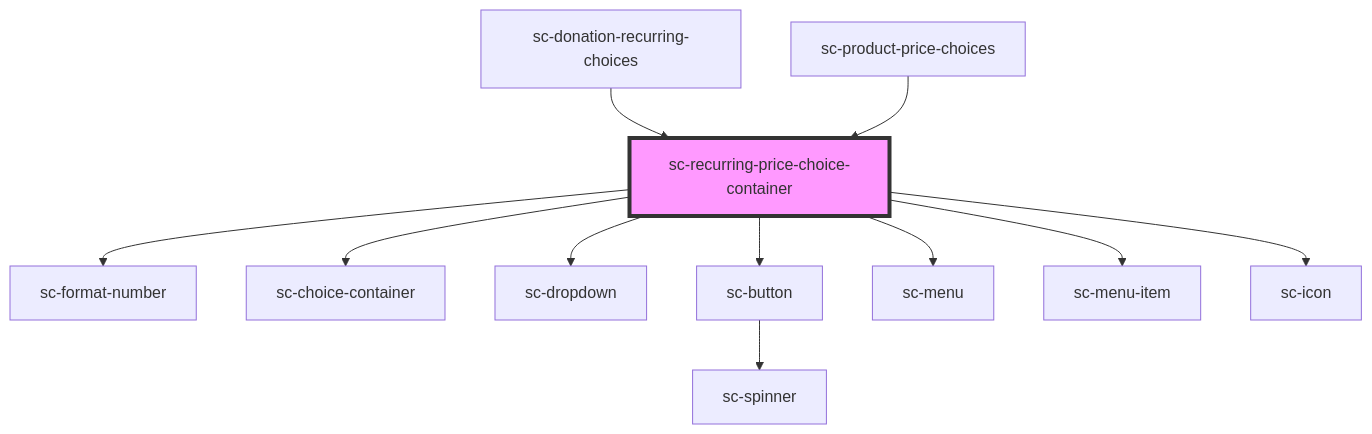
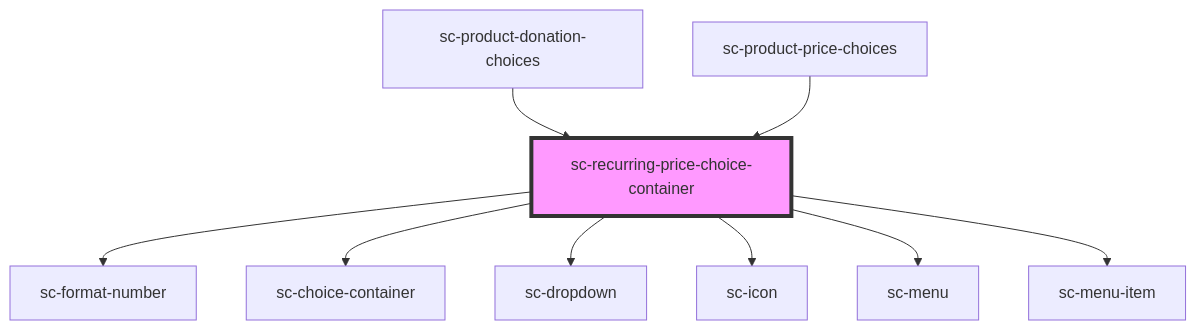
One commit to surecart/surecart-wp-plugin changed the diagram in packages/components/src/components/ui/sc-recurring-price-choice-container/readme.md. Above: the diagram before and after it, drawn with Mermaid. The commit also changed other lines of this file and 22 other files, not shown here.

````diff
--- a/packages/components/src/components/ui/sc-recurring-price-choice-container/readme.md
+++ b/packages/components/src/components/ui/sc-recurring-price-choice-container/readme.md
@@ -55,14 +45,12 @@
 ```mermaid
 graph TD;
   sc-recurring-price-choice-container --> sc-format-number
   sc-recurring-price-choice-container --> sc-choice-container
   sc-recurring-price-choice-container --> sc-dropdown
-  sc-recurring-price-choice-container --> sc-button
+  sc-recurring-price-choice-container --> sc-icon
   sc-recurring-price-choice-container --> sc-menu
   sc-recurring-price-choice-container --> sc-menu-item
-  sc-recurring-price-choice-container --> sc-icon
-  sc-button --> sc-spinner
-  sc-donation-recurring-choices --> sc-recurring-price-choice-container
+  sc-product-donation-choices --> sc-recurring-price-choice-container
   sc-product-price-choices --> sc-recurring-price-choice-container
   style sc-recurring-price-choice-container fill:#f9f,stroke:#333,stroke-width:4px
 ```
````
